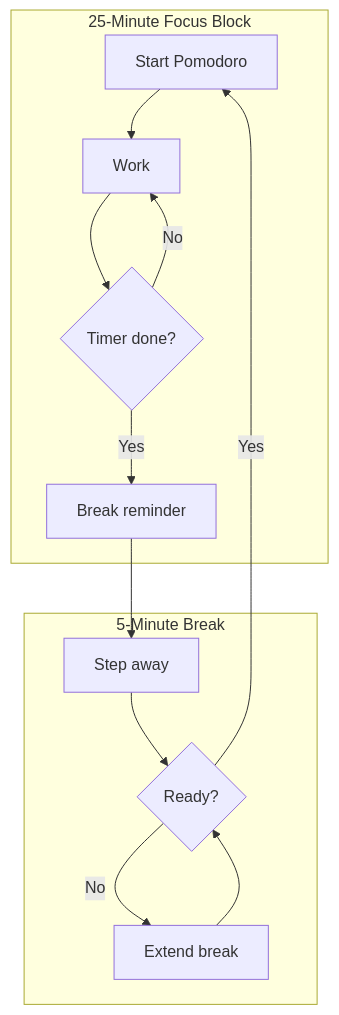
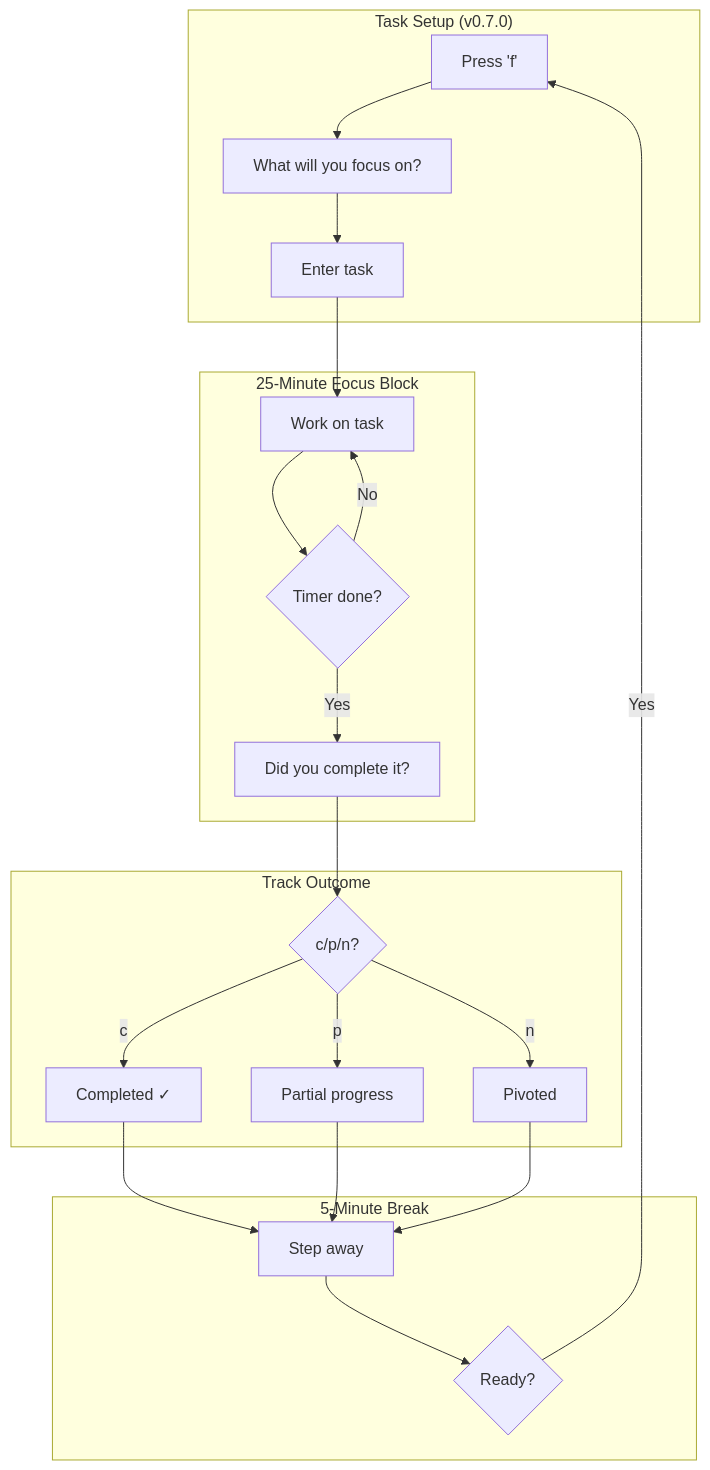
Before and after one commit to Data-Wise/atlas: the fifth of 11 diagrams in docs/WORKFLOWS.md, drawn with Mermaid. The commit also changed other lines of this file and 2 other files, not shown here.

````diff
--- a/docs/WORKFLOWS.md
+++ b/docs/WORKFLOWS.md
@@ -178,17 +178,29 @@
 ```mermaid
 flowchart TD
+    subgraph SETUP["Task Setup (v0.7.0)"]
+        A[Press 'f'] --> B["What will you focus on?"]
+        B --> C[Enter task]
+    end
+
     subgraph POMODORO["25-Minute Focus Block"]
-        A[Start Pomodoro] --> B[Work]
-        B --> C{Timer done?}
-        C -->|No| B
-        C -->|Yes| D[Break reminder]
+        C --> D[Work on task]
+        D --> E{Timer done?}
+        E -->|No| D
+        E -->|Yes| F["Did you complete it?"]
+    end
+
+    subgraph COMPLETE["Track Outcome"]
+        F --> G{"c/p/n?"}
+        G -->|c| H[Completed ✓]
+        G -->|p| I[Partial progress]
+        G -->|n| J[Pivoted]
     end
 
     subgraph BREAK["5-Minute Break"]
-        D --> E[Step away]
-        E --> F{Ready?}
-        F -->|Yes| A
-        F -->|No| G[Extend break]
-        G --> F
+        H --> K[Step away]
+        I --> K
+        J --> K
+        K --> L{Ready?}
+        L -->|Yes| A
     end
 ```
````
